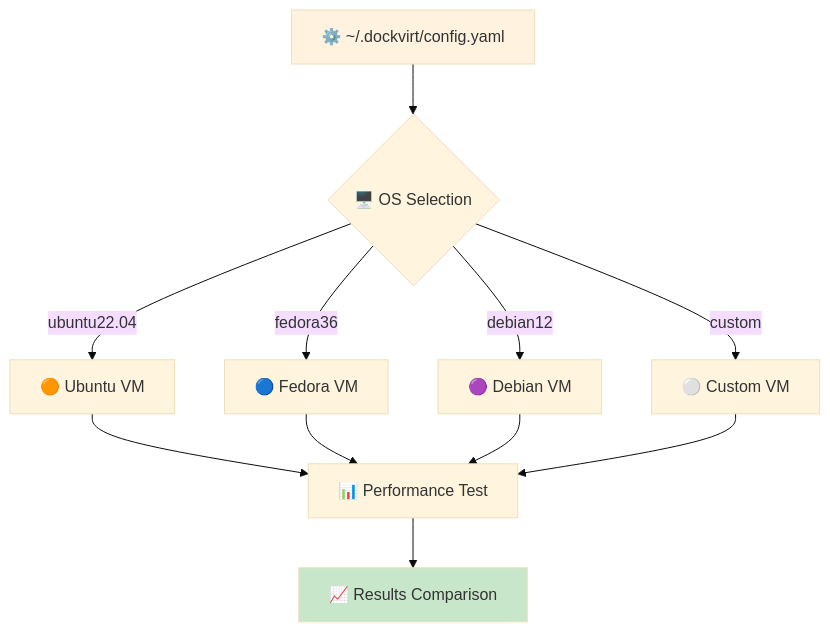
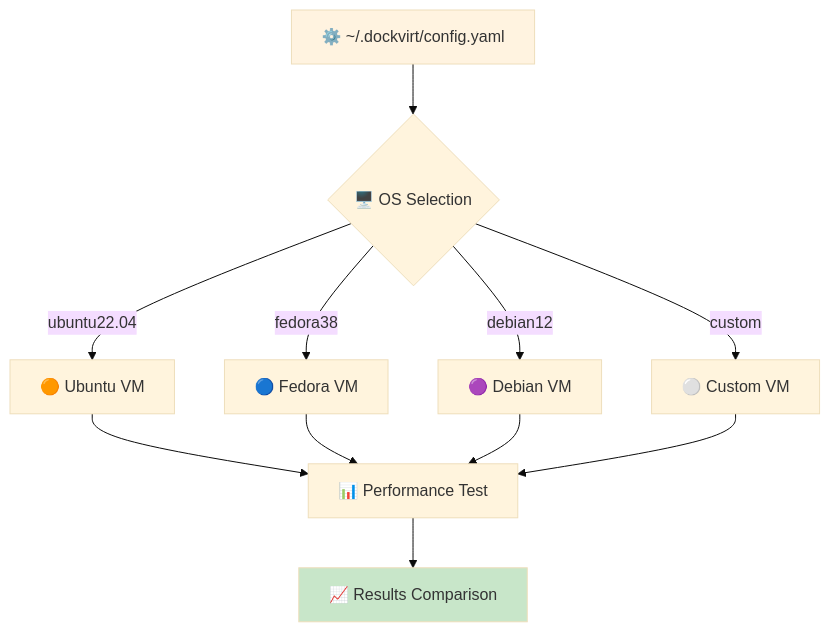
The fourth of 4 diagrams in examples/README.md (dynapsys/dockvirt), drawn with Mermaid (base theme) before and after one commit. The commit also changed other lines of this file and 3 other files, not shown here.

````diff
--- a/examples/README.md
+++ b/examples/README.md
@@ -147,18 +147,18 @@
 ```mermaid
 flowchart TD
     A[⚙️ ~/.dockvirt/config.yaml] --> B{🖥️ OS Selection}
     B -->|ubuntu22.04| C[🟠 Ubuntu VM]
-    B -->|fedora36| D[🔵 Fedora VM]  
+    B -->|fedora38| D[🔵 Fedora VM]  
     B -->|debian12| E[🟣 Debian VM]
     B -->|custom| F[⚪ Custom VM]
     
     C --> G[📊 Performance Test]
     D --> G
     E --> G
     F --> G
     
     G --> H[📈 Results Comparison]
     
     style A fill:#fff3e0
     style H fill:#c8e6c9
 ```
````
